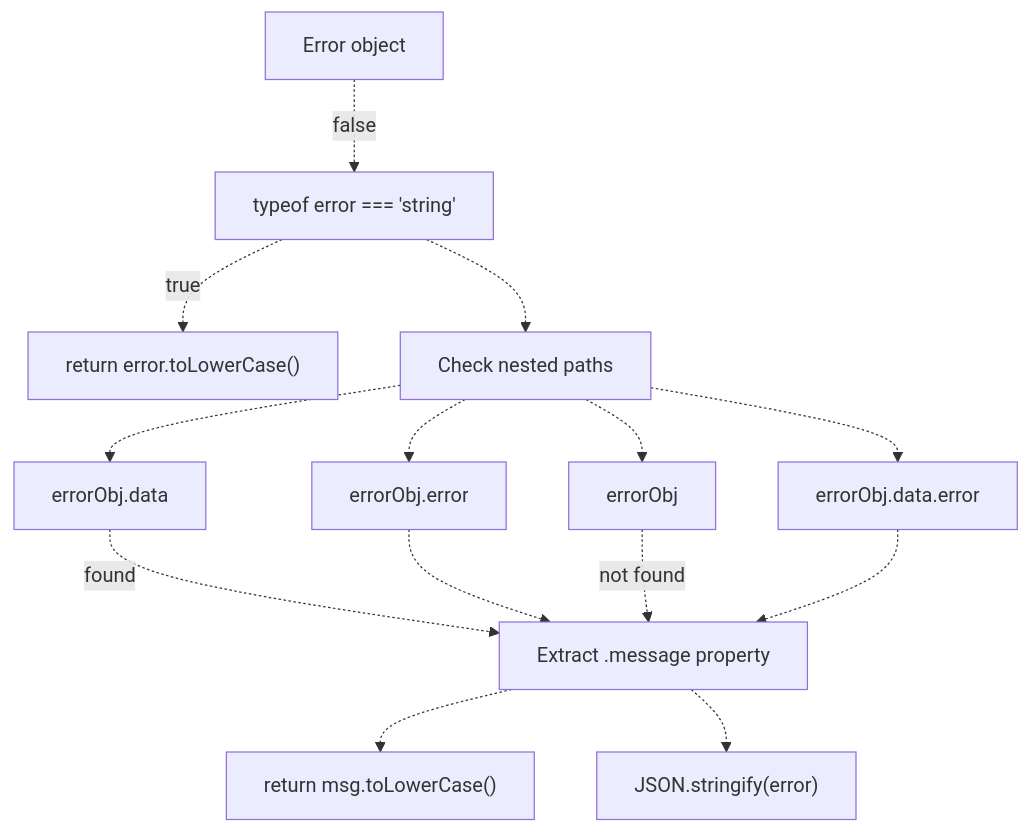
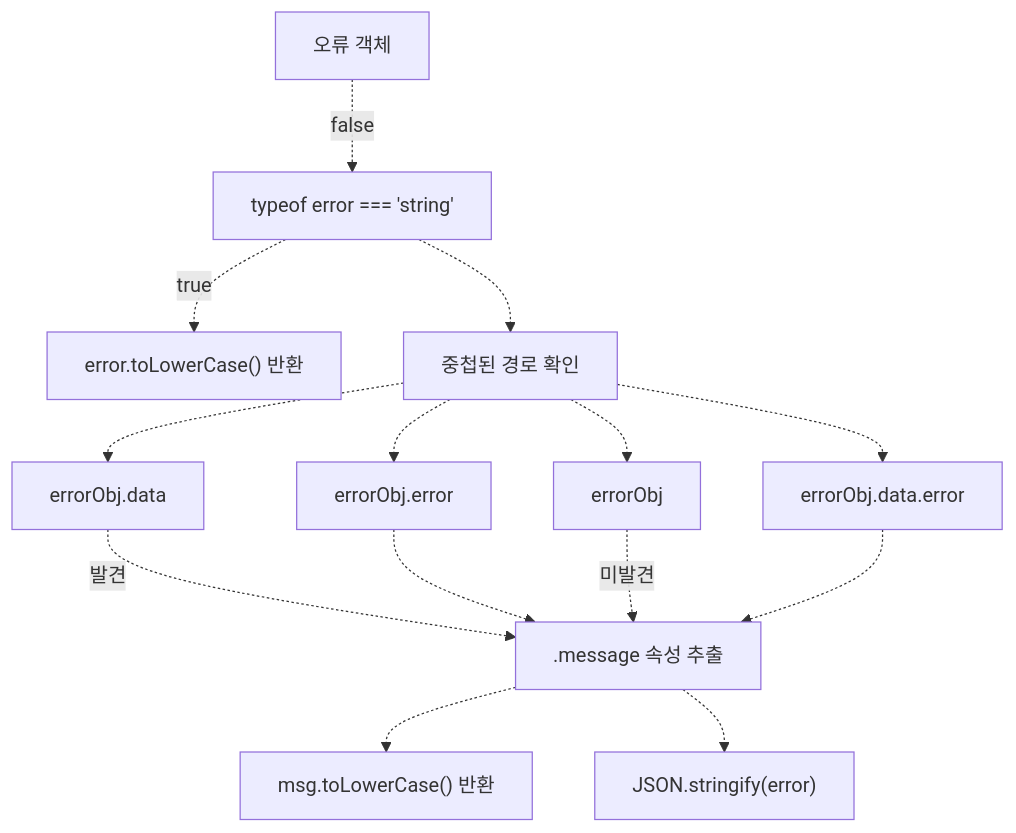
The second of 8 diagrams in docs/reliability/session-recovery.md (felipetruman/oh-my-opencode-docs), drawn with Mermaid before and after one commit. The commit also changed other lines of this file and 76 other files, not shown here.

````diff
--- a/docs/reliability/session-recovery.md
+++ b/docs/reliability/session-recovery.md
@@ -95,29 +95,29 @@
 ```mermaid
 flowchart TD
 
-Error["Error object"]
+Error["오류 객체"]
 CheckString["typeof error === 'string'"]
-ReturnString["return error.toLowerCase()"]
-CheckPaths["Check nested paths"]
+ReturnString["error.toLowerCase() 반환"]
+CheckPaths["중첩된 경로 확인"]
 Data["errorObj.data"]
 ErrorProp["errorObj.error"]
 Root["errorObj"]
 DataError["errorObj.data.error"]
-Extract["Extract .message property"]
-Found["return msg.toLowerCase()"]
+Extract[".message 속성 추출"]
+Found["msg.toLowerCase() 반환"]
 Fallback["JSON.stringify(error)"]
 
 Error -.->|"false"| CheckString
 CheckString -.->|"true"| ReturnString
 CheckString -.-> CheckPaths
 CheckPaths -.-> Data
 CheckPaths -.-> ErrorProp
 CheckPaths -.-> Root
 CheckPaths -.-> DataError
-Data -.->|"found"| Extract
+Data -.->|"발견"| Extract
 ErrorProp -.-> Extract
-Root -.->|"not found"| Extract
+Root -.->|"미발견"| Extract
 DataError -.-> Extract
 Extract -.-> Found
 Extract -.-> Fallback
 ```
````
